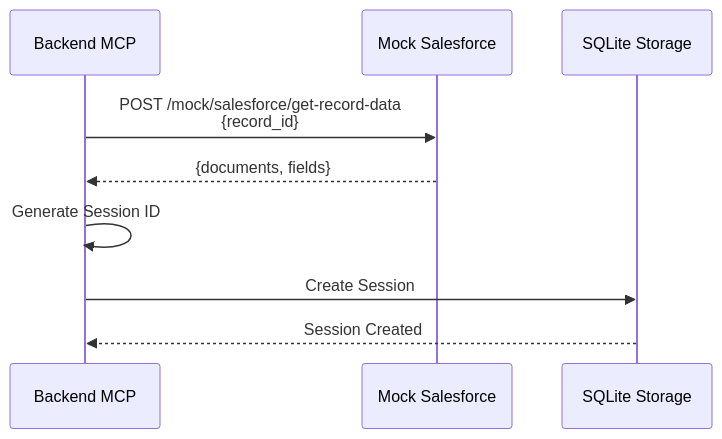
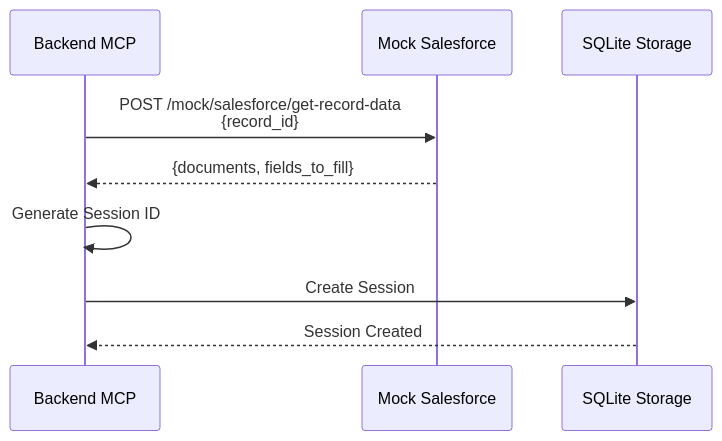
One commit to Yasser1AITLAZIZ/sfd-clm changed the third of 14 diagrams in docs/PIPELINE_FLOW.md. Above: the diagram before and after it, drawn with Mermaid. The commit also changed other lines of this file and 40 other files, not shown here.

Commit message:
new architecture setup

````diff
--- a/docs/PIPELINE_FLOW.md
+++ b/docs/PIPELINE_FLOW.md
@@ -72,12 +86,12 @@
 ```mermaid
 sequenceDiagram
     participant MCP as Backend MCP
     participant MSF as Mock Salesforce
     participant SQLITE as SQLite Storage
     
     MCP->>MSF: POST /mock/salesforce/get-record-data<br/>{record_id}
-    MSF-->>MCP: {documents, fields}
+    MSF-->>MCP: {documents, fields_to_fill}
     MCP->>MCP: Generate Session ID
     MCP->>SQLITE: Create Session
     SQLITE-->>MCP: Session Created
 ```
````
